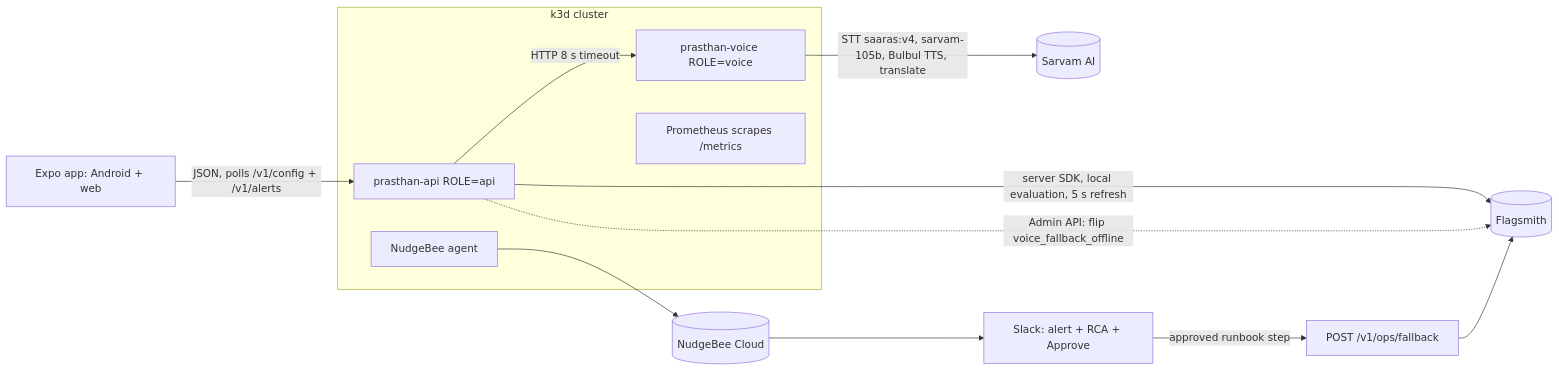
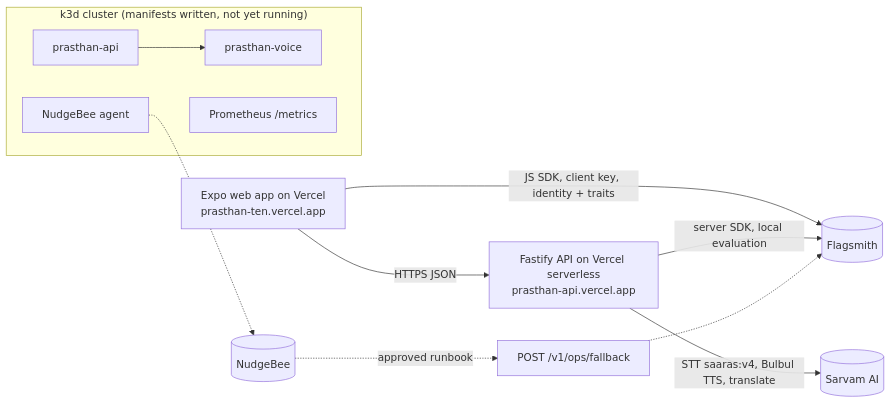
The diagram in README.md (Ankith-m1006/prasthan), drawn with Mermaid before and after one commit. The commit also changed other lines of this file and 2 other files, not shown here.

````diff
--- a/README.md
+++ b/README.md
@@ -88,16 +63,13 @@
 ```mermaid
 flowchart LR
-  app[Expo app: Android + web] -->|JSON, polls /v1/config + /v1/alerts| api[prasthan-api ROLE=api]
-  api -->|HTTP 8 s timeout| voice[prasthan-voice ROLE=voice]
-  voice -->|STT saaras:v4, sarvam-105b, Bulbul TTS, translate| sarvam[(Sarvam AI)]
-  api -->|server SDK, local evaluation, 5 s refresh| fs[(Flagsmith)]
-  api -.->|Admin API: flip voice_fallback_offline| fs
-  subgraph k3d cluster
-    api
-    voice
-    prom[Prometheus scrapes /metrics]
+  web[Expo web app on Vercel<br/>prasthan-ten.vercel.app] -->|HTTPS JSON| api[Fastify API on Vercel serverless<br/>prasthan-api.vercel.app]
+  web -->|JS SDK, client key, identity + traits| fs[(Flagsmith)]
+  api -->|server SDK, local evaluation| fs
+  api -->|STT saaras:v4, Bulbul TTS, translate| sarvam[(Sarvam AI)]
+  subgraph planned["k3d cluster (manifests written, not yet running)"]
+    kapi[prasthan-api] --> kvoice[prasthan-voice]
+    prom[Prometheus /metrics]
     agent[NudgeBee agent]
   end
-  agent --> nb[(NudgeBee Cloud)] --> slack[Slack: alert + RCA + Approve]
-  slack -->|approved runbook step| ops[POST /v1/ops/fallback] --> fs
+  agent -.-> nb[(NudgeBee)] -.->|approved runbook| ops[POST /v1/ops/fallback] -.-> fs
 ```
````
